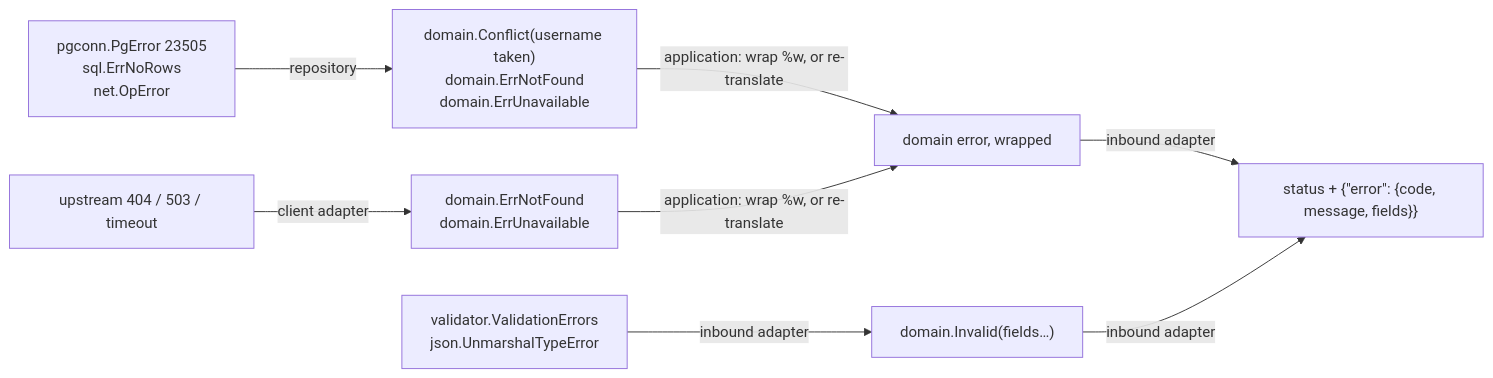
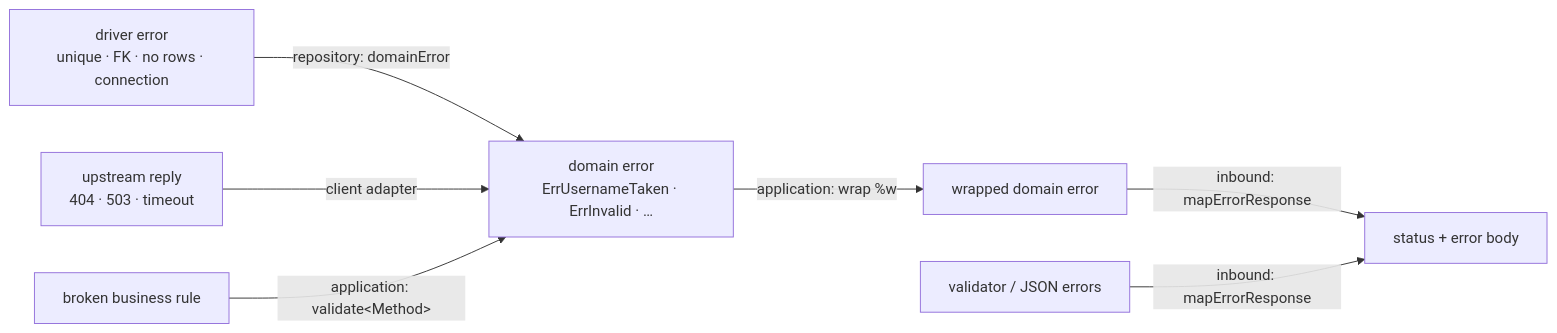
The diagram in roles/ai/files/skills/go-service/references/errors.md (drew138/.dotfiles), drawn with Mermaid before and after one commit. The commit also changed other lines of this file and 61 other files, not shown here.

First line of the commit message:
refactor(ai): rework go-service validation, errors and templates

````diff
--- a/roles/ai/files/skills/go-service/references/errors.md
+++ b/roles/ai/files/skills/go-service/references/errors.md
@@ -8,8 +6,9 @@
 ```mermaid
 flowchart LR
-    pg["pgconn.PgError 23505<br/>sql.ErrNoRows<br/>net.OpError"] -->|repository| d1["domain.Conflict(username taken)<br/>domain.ErrNotFound<br/>domain.ErrUnavailable"]
-    v["validator.ValidationErrors<br/>json.UnmarshalTypeError"] -->|inbound adapter| d2["domain.Invalid(fields…)"]
-    up["upstream 404 / 503 / timeout"] -->|client adapter| d3["domain.ErrNotFound<br/>domain.ErrUnavailable"]
-    d1 & d3 -->|"application: wrap %w, or re-translate"| app["domain error, wrapped"]
-    app & d2 -->|inbound adapter| out["status + {&quot;error&quot;: {code, message, fields}}"]
+    db["driver error<br/>unique · FK · no rows · connection"] -->|"repository: domainError"| dom["domain error<br/>ErrUsernameTaken · ErrInvalid · …"]
+    up["upstream reply<br/>404 · 503 · timeout"] -->|"client adapter"| dom
+    rules["broken business rule"] -->|"application: validate&lt;Method&gt;"| dom
+    dom -->|"application: wrap %w"| wrapped["wrapped domain error"]
+    wrapped -->|"inbound: mapErrorResponse"| out["status + error body"]
+    val["validator / JSON errors"] -->|"inbound: mapErrorResponse"| out
 ```
````
